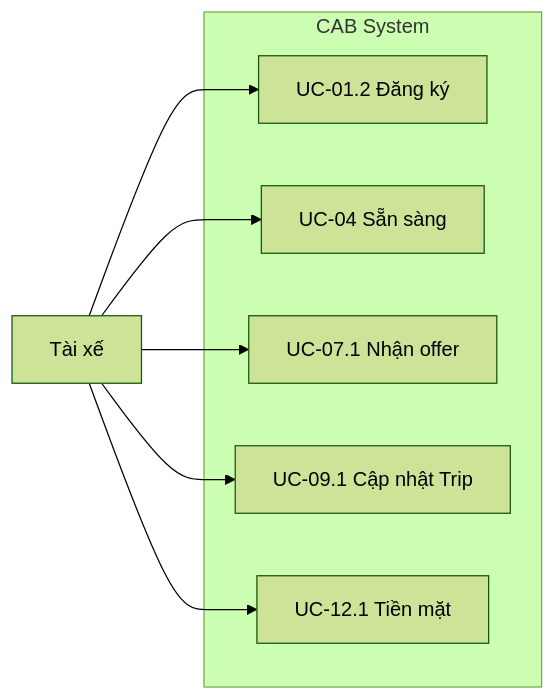
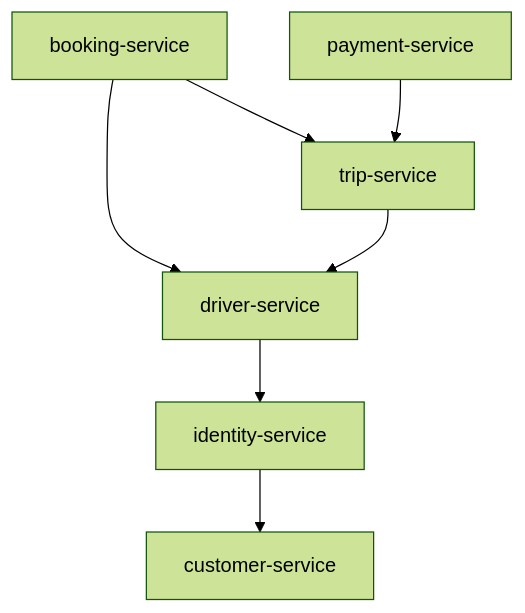
One commit to HHT777/23659411_HuynhHuuTuan_CABsystem changed the second of 2 diagrams in SRS.md. Above: the diagram before and after it, drawn with Mermaid (forest theme). The commit also changed other lines of this file and 3 other files, not shown here.

````diff
--- a/SRS.md
+++ b/SRS.md
@@ -1429,18 +926,9 @@
 ```mermaid
-flowchart LR
-    D["Tài xế"]
-
-    subgraph CAB["CAB System"]
-        UC01["UC-01.2 Đăng ký"]
-        UC04["UC-04 Sẵn sàng"]
-        UC07["UC-07.1 Nhận offer"]
-        UC09["UC-09.1 Cập nhật Trip"]
-        UC12["UC-12.1 Tiền mặt"]
-    end
-
-    D --> UC01
-    D --> UC04
-    D --> UC07
-    D --> UC09
-    D --> UC12
+flowchart TD
+  I["identity-service"] --> C["customer-service"]
+  D["driver-service"] --> I
+  B["booking-service"] --> D
+  B --> T["trip-service"]
+  T --> D
+  P["payment-service"] --> T
 ```
````
